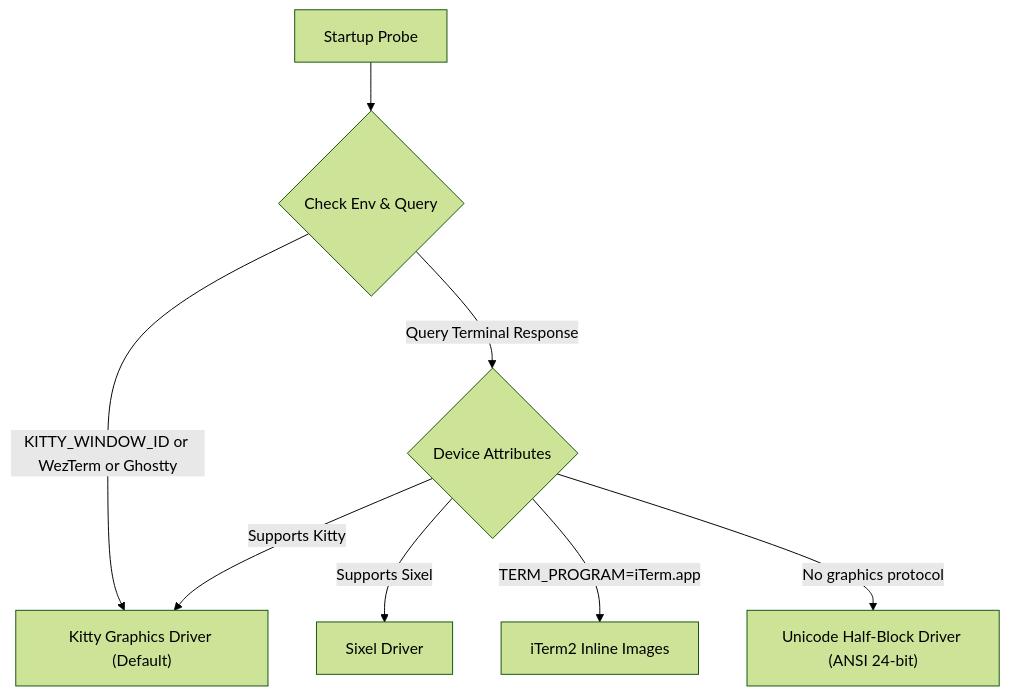
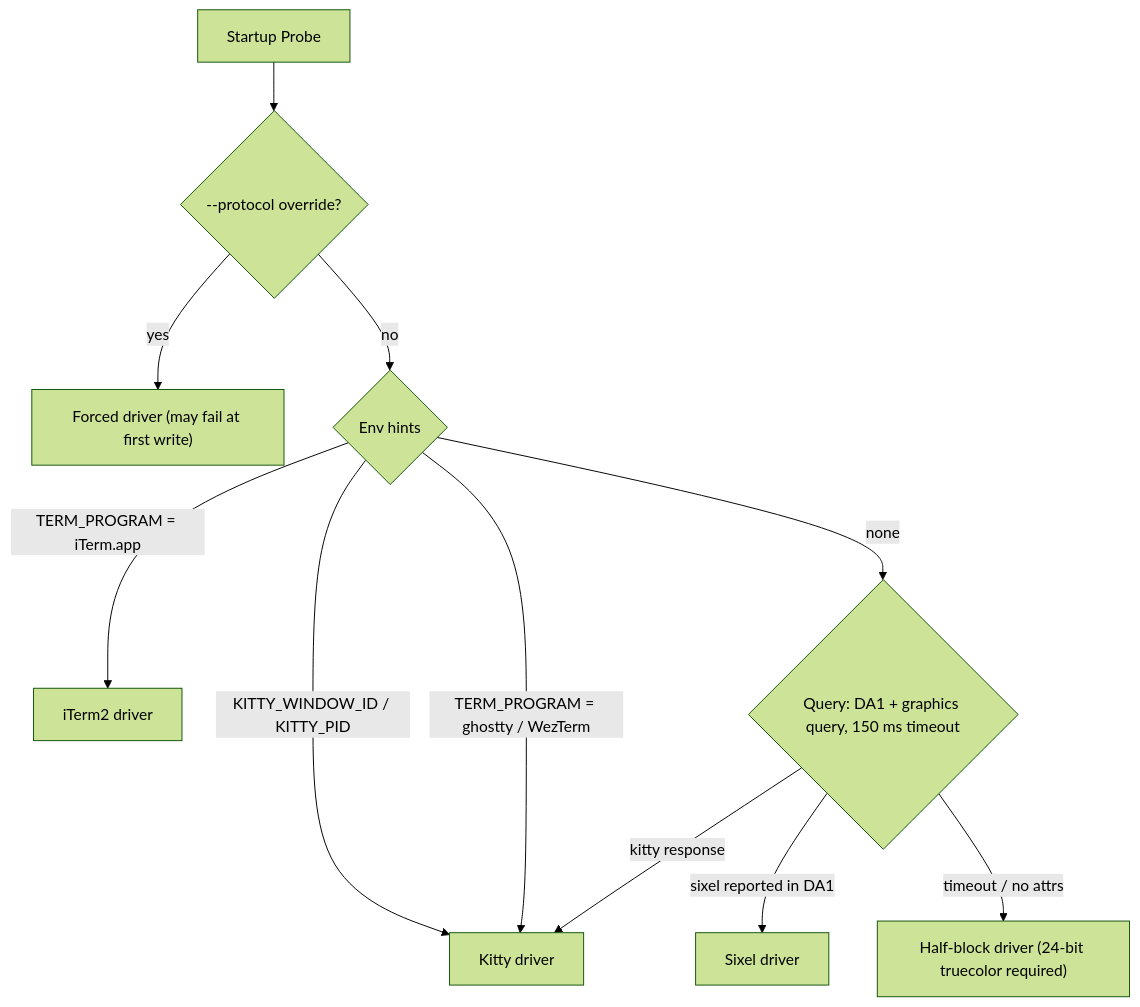
One commit to ahati/office-terminal changed the diagram in docs/03-terminal-graphics-protocol.md. Above: the diagram before and after it, drawn with Mermaid (forest theme). The commit also changed other lines of this file and 12 other files, not shown here.

````diff
--- a/docs/03-terminal-graphics-protocol.md
+++ b/docs/03-terminal-graphics-protocol.md
@@ -113,10 +131,13 @@
 ```mermaid
 flowchart TD
-    Start["Startup Probe"] --> C1{"Check Env & Query"}
-    C1 -->|"KITTY_WINDOW_ID or WezTerm or Ghostty"| K["Kitty Graphics Driver (Default)"]
-    C1 -->|"Query Terminal Response"| C2{"Device Attributes"}
-    C2 -->|"Supports Kitty"| K
-    C2 -->|"Supports Sixel"| S["Sixel Driver"]
-    C2 -->|"TERM_PROGRAM=iTerm.app"| I["iTerm2 Inline Images"]
-    C2 -->|"No graphics protocol"| U["Unicode Half-Block Driver (ANSI 24-bit)"]
+    Start["Startup Probe"] --> O{"--protocol override?"}
+    O -->|yes| F["Forced driver (may fail at first write)"]
+    O -->|no| E{"Env hints"}
+    E -->|"KITTY_WINDOW_ID / KITTY_PID"| K["Kitty driver"]
+    E -->|"TERM_PROGRAM = ghostty / WezTerm"| K
+    E -->|"TERM_PROGRAM = iTerm.app"| I["iTerm2 driver"]
+    E -->|none| Q{"Query: DA1 + graphics query, 150 ms timeout"}
+    Q -->|kitty response| K
+    Q -->|"sixel reported in DA1"| S["Sixel driver"]
+    Q -->|timeout / no attrs| U["Half-block driver (24-bit truecolor required)"]
 ```
````
